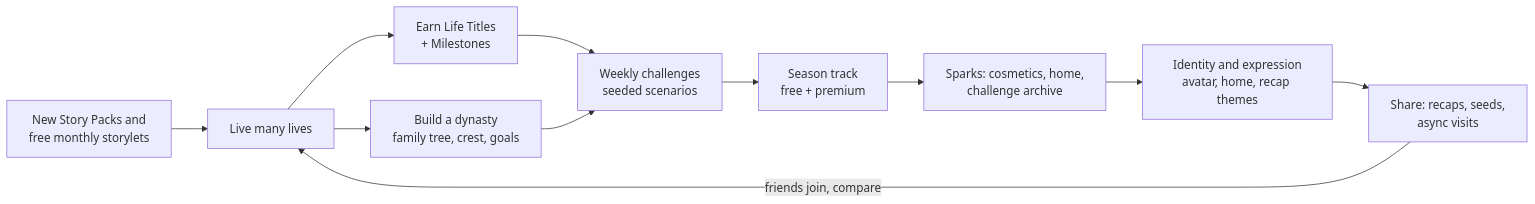
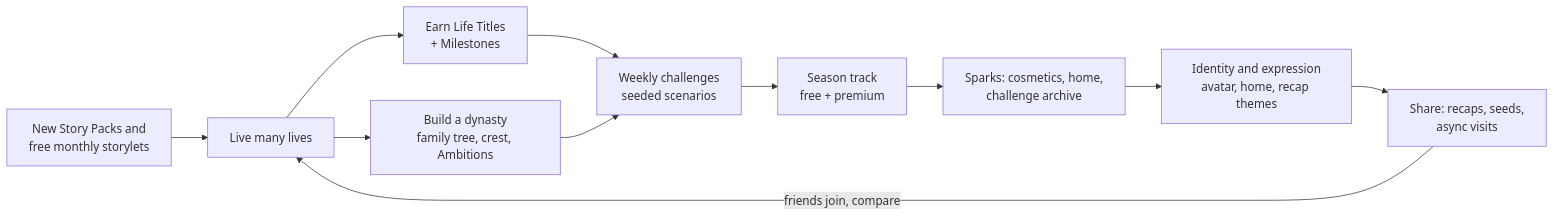
The third of 3 diagrams in docs/phase-1/07 Retention and LiveOps.md (ZWITG/agent-weave-workbench), drawn with Mermaid before and after one commit. The commit also changed other lines of this file and 13 other files, not shown here.

````diff
--- a/docs/phase-1/07 Retention and LiveOps.md
+++ b/docs/phase-1/07 Retention and LiveOps.md
@@ -54,13 +54,13 @@
 ```mermaid
 flowchart LR
     L[Live many lives] --> S[Earn Life Titles<br/>+ Milestones]
-    L --> D[Build a dynasty<br/>family tree, crest, goals]
+    L --> D[Build a dynasty<br/>family tree, crest, Ambitions]
     S --> CH[Weekly challenges<br/>seeded scenarios]
     D --> CH
     CH --> SP[Season track<br/>free + premium]
     SP --> SC[Sparks: cosmetics, home,<br/>challenge archive]
     SC --> ID[Identity and expression<br/>avatar, home, recap themes]
     ID --> SO[Share: recaps, seeds,<br/>async visits]
     SO -->|friends join, compare| L
     PK[New Story Packs and<br/>free monthly storylets] --> L
 ```
````
